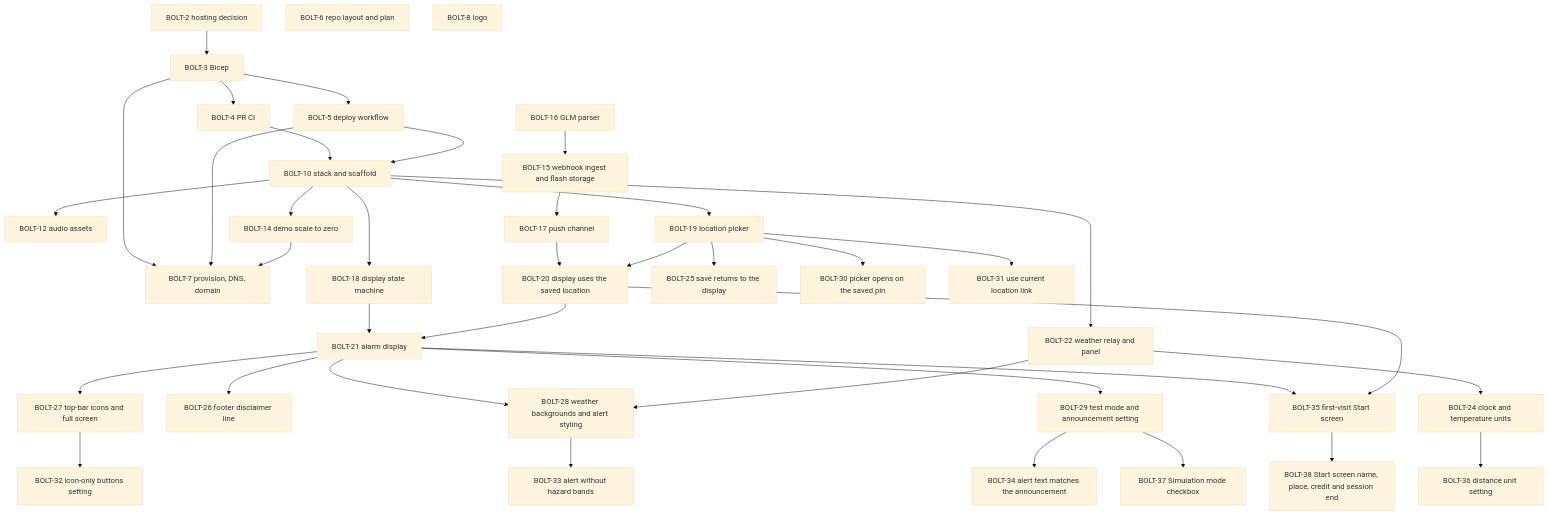
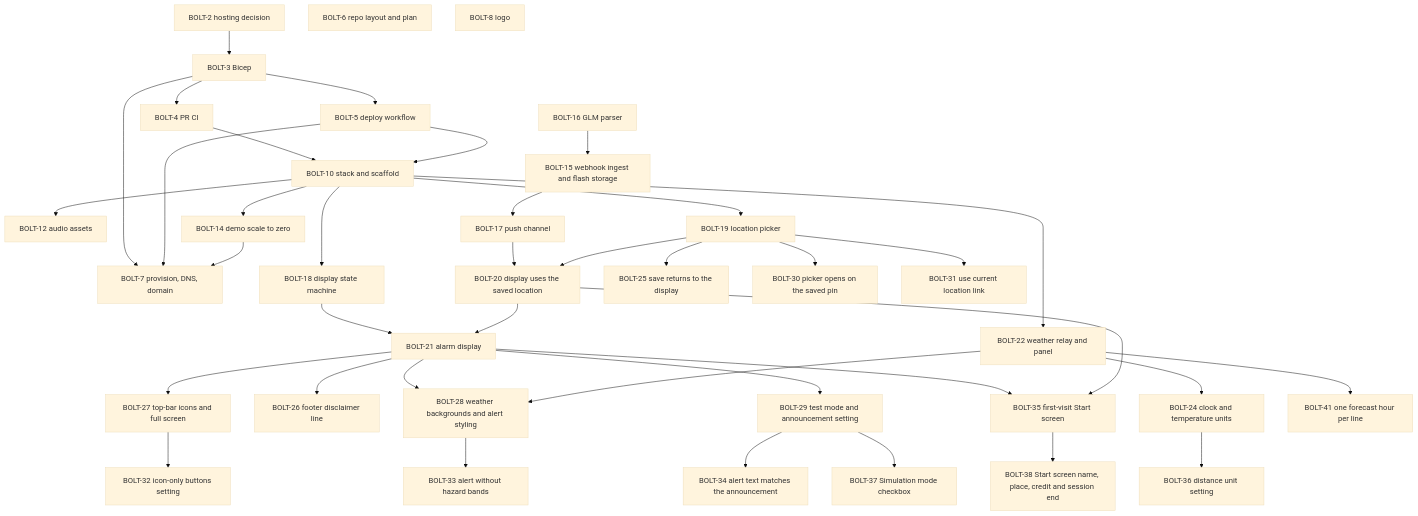
Before and after one commit to henrique-meyer/boltclock: the diagram in docs/plan.md, drawn with Mermaid (base theme). The commit also changed other lines of this file and 2 other files, not shown here.

First line of the commit message:
BOLT-41 Weather panel: one forecast hour per line

````diff
--- a/docs/plan.md
+++ b/docs/plan.md
@@ -15,72 +15,74 @@
 ```mermaid
 flowchart TD
   s2[BOLT-2 hosting decision]
   s3[BOLT-3 Bicep]
   s4[BOLT-4 PR CI]
   s5[BOLT-5 deploy workflow]
   s6[BOLT-6 repo layout and plan]
   s7[BOLT-7 provision, DNS, domain]
   s8[BOLT-8 logo]
   s10[BOLT-10 stack and scaffold]
   s12[BOLT-12 audio assets]
   s14[BOLT-14 demo scale to zero]
   s15[BOLT-15 webhook ingest and flash storage]
   s16[BOLT-16 GLM parser]
   s17[BOLT-17 push channel]
   s18[BOLT-18 display state machine]
   s19[BOLT-19 location picker]
   s20[BOLT-20 display uses the saved location]
   s21[BOLT-21 alarm display]
   s22[BOLT-22 weather relay and panel]
   s24[BOLT-24 clock and temperature units]
   s25[BOLT-25 save returns to the display]
   s26[BOLT-26 footer disclaimer line]
   s27[BOLT-27 top-bar icons and full screen]
   s28[BOLT-28 weather backgrounds and alert styling]
   s30[BOLT-30 picker opens on the saved pin]
   s29[BOLT-29 test mode and announcement setting]
   s32[BOLT-32 icon-only buttons setting]
   s31[BOLT-31 use current location link]
   s33[BOLT-33 alert without hazard bands]
   s34[BOLT-34 alert text matches the announcement]
   s35[BOLT-35 first-visit Start screen]
   s36[BOLT-36 distance unit setting]
   s38[BOLT-38 Start screen name, place, credit and session end]
   s37[BOLT-37 Simulation mode checkbox]
+  s41[BOLT-41 one forecast hour per line]
   s2 --> s3
   s4 --> s10
   s5 --> s10
   s3 --> s4
   s3 --> s5
   s3 --> s7
   s5 --> s7
   s10 --> s12
   s10 --> s14
   s14 --> s7
   s16 --> s15
   s15 --> s17
   s10 --> s18
   s10 --> s19
   s17 --> s20
   s19 --> s20
   s18 --> s21
   s20 --> s21
   s10 --> s22
   s22 --> s24
   s19 --> s25
   s21 --> s26
   s21 --> s27
   s21 --> s28
   s22 --> s28
   s19 --> s30
   s21 --> s29
   s27 --> s32
   s19 --> s31
   s28 --> s33
   s29 --> s34
   s21 --> s35
   s20 --> s35
   s24 --> s36
   s35 --> s38
   s29 --> s37
+  s22 --> s41
 ```
````
